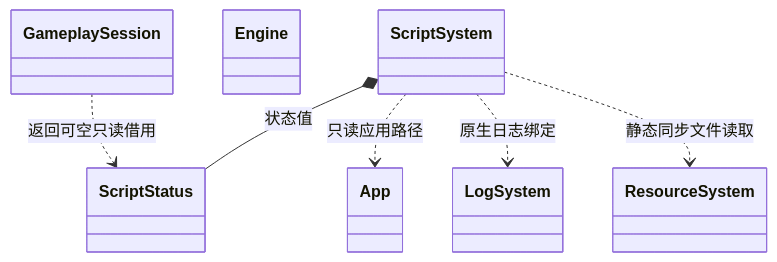
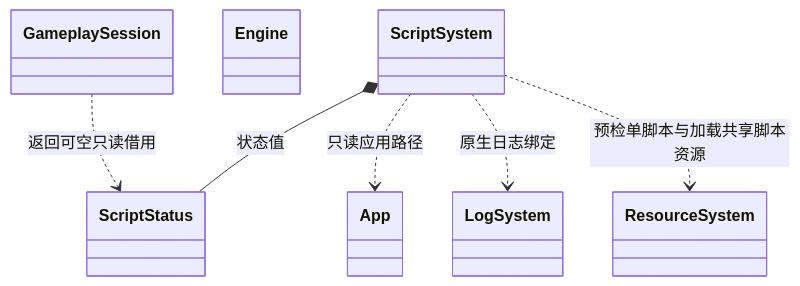
Before and after one commit to lcals/Engine: the eighth of 22 diagrams in docs/class-diagrams/references.md, drawn with Mermaid. The commit also changed other lines of this file and 96 other files, not shown here.

````diff
--- a/docs/class-diagrams/references.md
+++ b/docs/class-diagrams/references.md
@@ -236,16 +238,16 @@
 ```mermaid
 classDiagram
     direction TB
     class ScriptSystem
     class ScriptStatus
     class App
     class LogSystem
     class ResourceSystem
     class Engine
     ScriptSystem *-- ScriptStatus : 状态值
     ScriptSystem ..> App : 只读应用路径
     ScriptSystem ..> LogSystem : 原生日志绑定
-    ScriptSystem ..> ResourceSystem : 静态同步文件读取
+    ScriptSystem ..> ResourceSystem : 预检单脚本与加载共享脚本资源
     class GameplaySession
     GameplaySession ..> ScriptStatus : 返回可空只读借用
 ```
````
